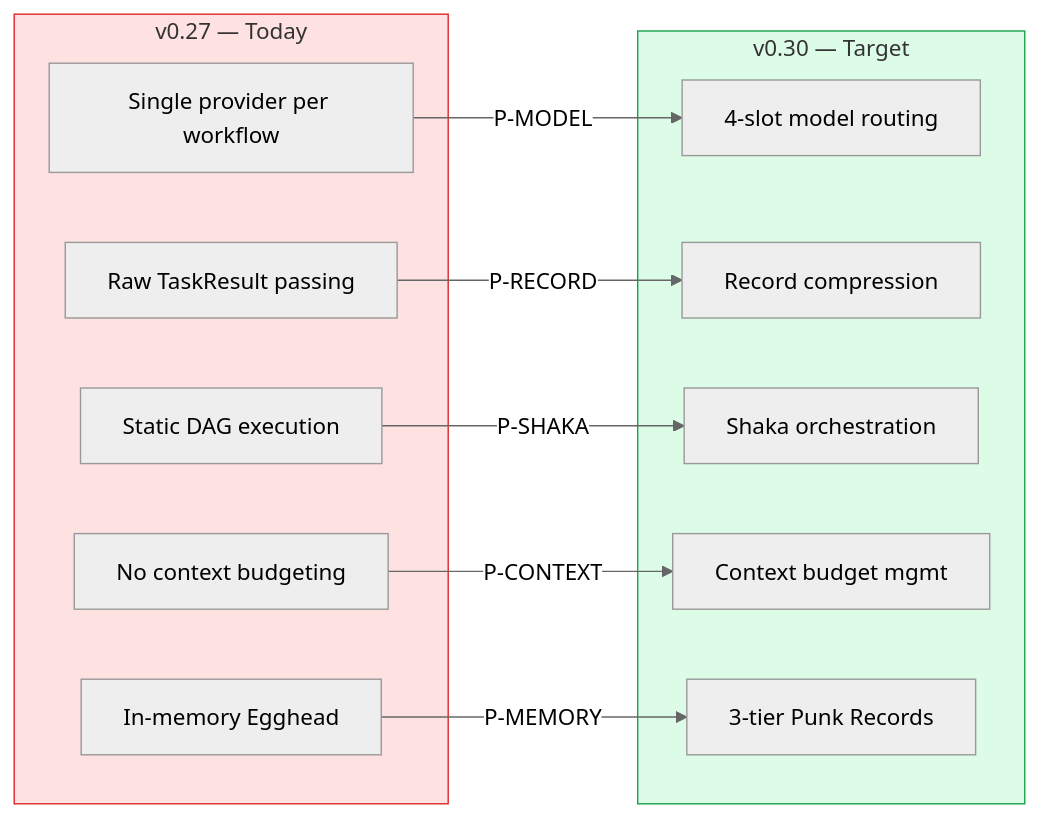
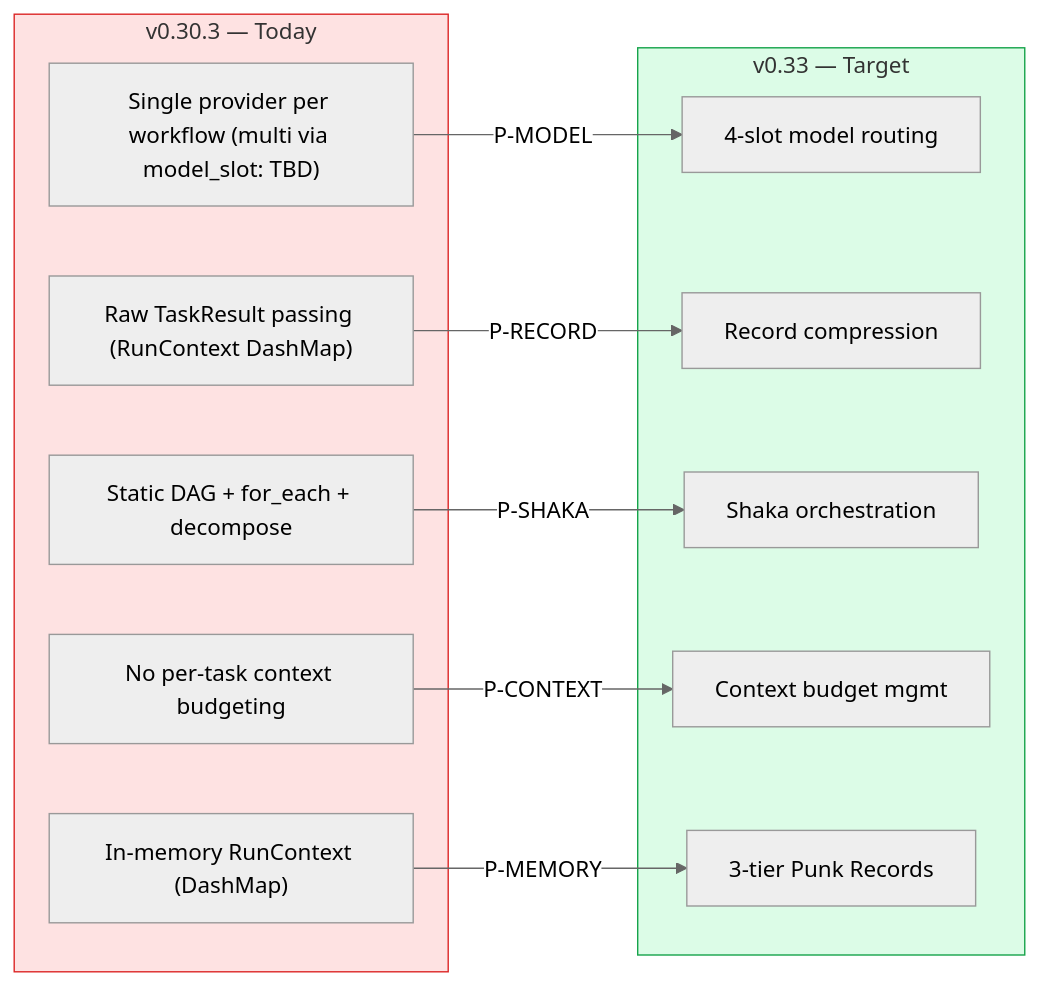
Before and after one commit to supernovae-st/nika: the first of 8 diagrams in tools/nika/docs/brainstorm/nika-evolution/05-evolution-roadmap.md, drawn with Mermaid (neutral theme). The commit also changed other lines of this file and 35 other files, not shown here.

````diff
--- a/tools/nika/docs/brainstorm/nika-evolution/05-evolution-roadmap.md
+++ b/tools/nika/docs/brainstorm/nika-evolution/05-evolution-roadmap.md
@@ -12,27 +12,27 @@
 ```mermaid
 flowchart LR
-    subgraph TODAY["v0.27 — Today"]
-        T1["Single provider per workflow"]
-        T2["Raw TaskResult passing"]
-        T3["Static DAG execution"]
-        T4["No context budgeting"]
-        T5["In-memory Egghead"]
+    subgraph TODAY["v0.30.3 — Today"]
+        T1["Single provider per workflow (multi via model_slot: TBD)"]
+        T2["Raw TaskResult passing (RunContext DashMap)"]
+        T3["Static DAG + for_each + decompose"]
+        T4["No per-task context budgeting"]
+        T5["In-memory RunContext (DashMap)"]
     end
 
-    subgraph TOMORROW["v0.30 — Target"]
+    subgraph TOMORROW["v0.33 — Target"]
         F1["4-slot model routing"]
         F2["Record compression"]
         F3["Shaka orchestration"]
         F4["Context budget mgmt"]
         F5["3-tier Punk Records"]
     end
 
     T1 -->|"P-MODEL"| F1
     T2 -->|"P-RECORD"| F2
     T3 -->|"P-SHAKA"| F3
     T4 -->|"P-CONTEXT"| F4
     T5 -->|"P-MEMORY"| F5
 
     style TODAY fill:#fee2e2,stroke:#dc2626
     style TOMORROW fill:#dcfce7,stroke:#16a34a
 ```
````
